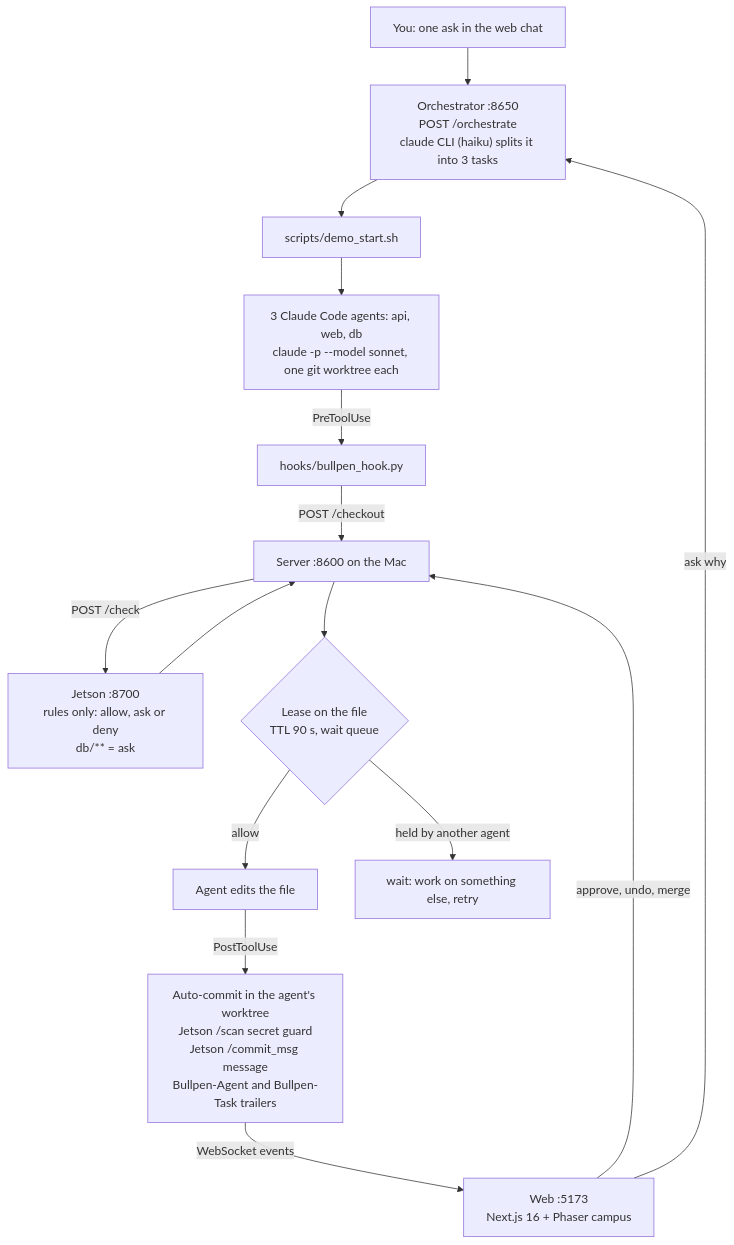
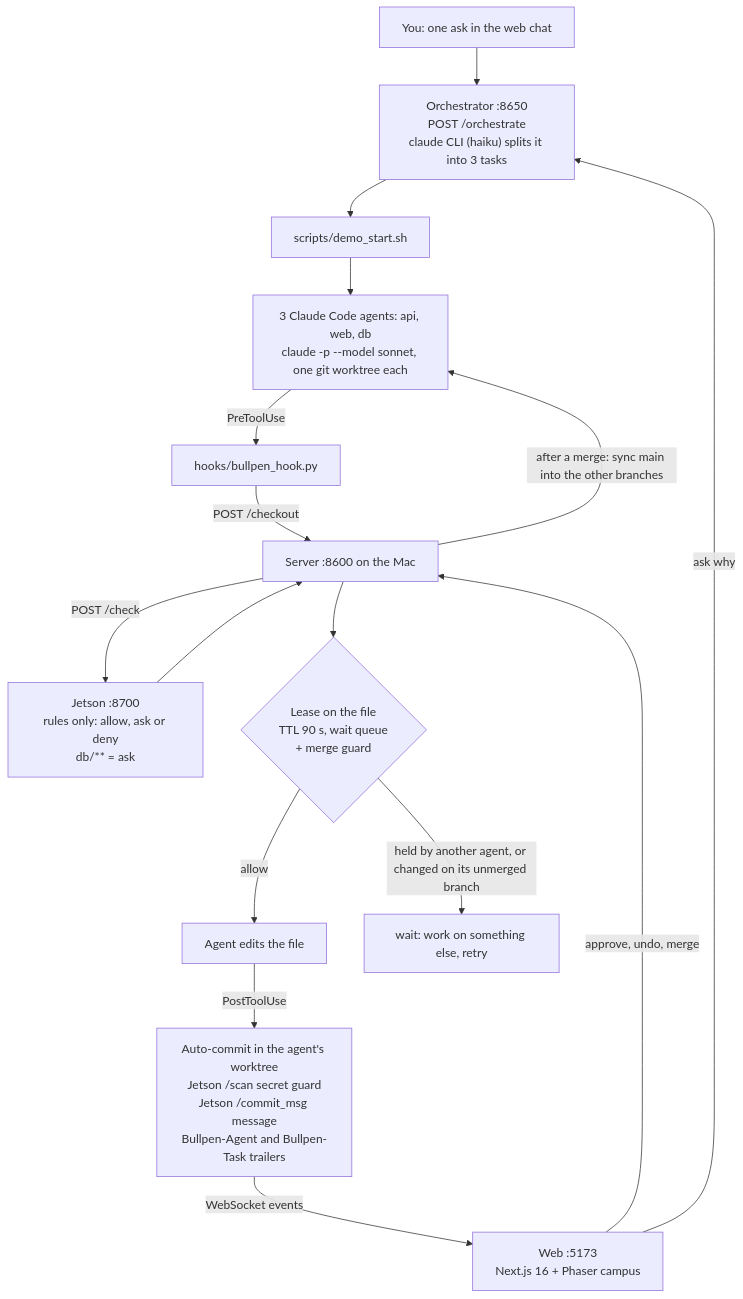
Before and after one commit to builtbyd3v/bullpen: the diagram in README.md, drawn with Mermaid. The commit also changed other lines of this file and 4 other files, not shown here.

First line of the commit message:
Document the merge guard and branch sync across the docs (#84)

````diff
--- a/README.md
+++ b/README.md
@@ -26,17 +27,18 @@
 ```mermaid
 flowchart TD
     U[You: one ask in the web chat] --> O["Orchestrator :8650<br/>POST /orchestrate<br/>claude CLI (haiku) splits it into 3 tasks"]
     O --> DS[scripts/demo_start.sh]
     DS --> A["3 Claude Code agents: api, web, db<br/>claude -p --model sonnet, one git worktree each"]
     A -->|PreToolUse| H[hooks/bullpen_hook.py]
     H -->|POST /checkout| S["Server :8600 on the Mac"]
     S -->|POST /check| J["Jetson :8700<br/>rules only: allow, ask or deny<br/>db/** = ask"]
     J --> S
-    S --> L{"Lease on the file<br/>TTL 90 s, wait queue"}
+    S --> L{"Lease on the file<br/>TTL 90 s, wait queue<br/>+ merge guard"}
     L -->|allow| E[Agent edits the file]
-    L -->|held by another agent| WQ[wait: work on something else, retry]
+    L -->|held by another agent, or changed on its unmerged branch| WQ[wait: work on something else, retry]
     E -->|PostToolUse| C["Auto-commit in the agent's worktree<br/>Jetson /scan secret guard<br/>Jetson /commit_msg message<br/>Bullpen-Agent and Bullpen-Task trailers"]
     C -->|WebSocket events| W["Web :5173<br/>Next.js 16 + Phaser campus"]
     W -->|approve, undo, merge| S
+    S -->|after a merge: sync main into the other branches| A
     W -->|ask why| O
 ```
````
